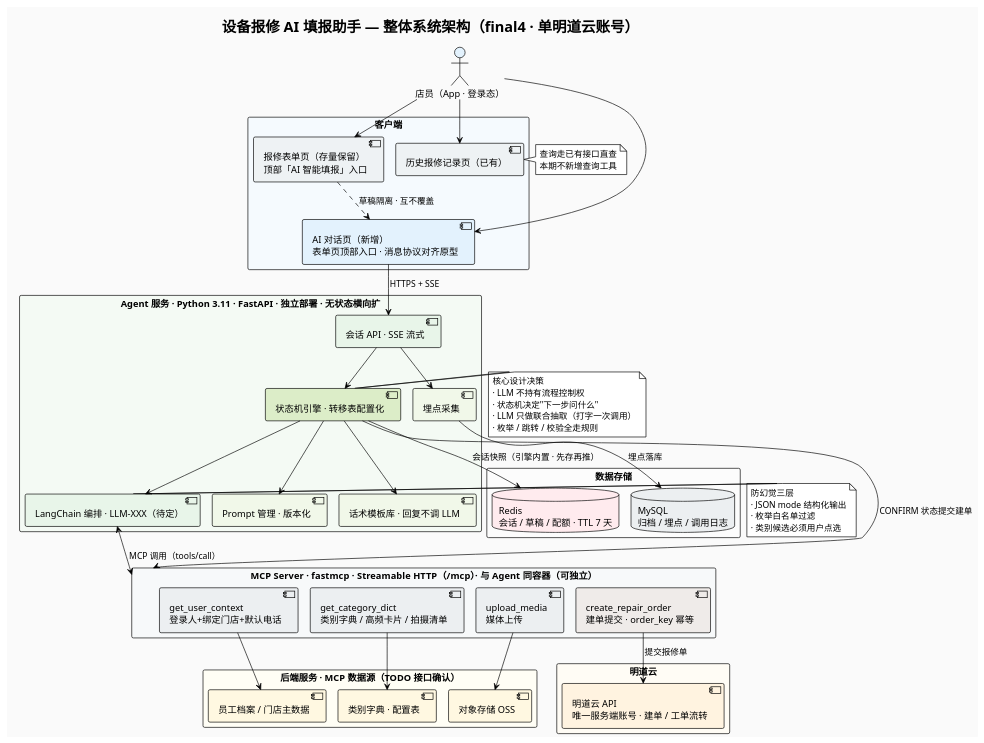
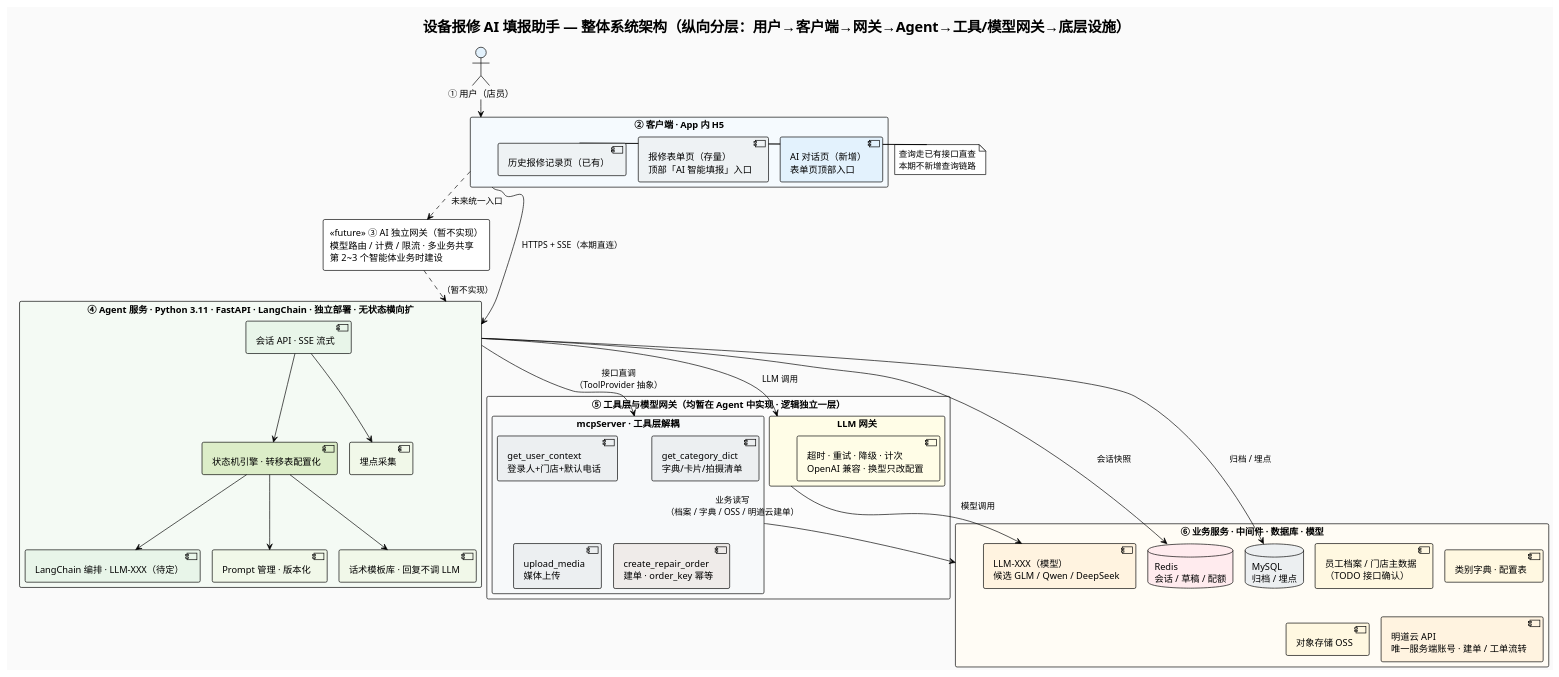
Before and after one commit to bai876939716/my_doc: the diagram in src/main/hotmaxx/需求点/输入优化/design/2/diagrams/01-系统架构图.puml, drawn with PlantUML. The commit also changed 6 other files, not shown here.

```diff
--- a/src/main/hotmaxx/需求点/输入优化/design/2/diagrams/01-系统架构图.puml
+++ b/src/main/hotmaxx/需求点/输入优化/design/2/diagrams/01-系统架构图.puml
@@ -1,90 +1,79 @@
 @startuml 设备报修AI填报-整体系统架构
 !pragma layout smetana
 !theme plain
 skinparam backgroundColor #FAFAFA
 skinparam defaultFontName "PingFang SC,Microsoft YaHei,Arial"
+skinparam rectangle {
+  BackgroundColor<<future>> #FFFFFF
+  BorderColor<<future>> #B0BEC5
+  BorderStyle<<future>> dashed
+}
+skinparam legendBackgroundColor #FCFCFC
 
-title 设备报修 AI 填报助手 — 整体系统架构（final4 · 单明道云账号）
+title 设备报修 AI 填报助手 — 整体系统架构（纵向分层：用户→客户端→网关→Agent→工具/模型网关→底层设施）
 
-actor "店员（App · 登录态）" as User #E3F2FD
+actor "① 用户（店员）" as User #E3F2FD
 
-rectangle "客户端" #F5FAFE {
-  component "AI 对话页（新增）\n表单页顶部入口 · 消息协议对齐原型" as H5 #E3F2FD
-  component "报修表单页（存量保留）\n顶部「AI 智能填报」入口" as OLD #EEF2F4
+rectangle "② 客户端 · App 内 H5" as FE #F5FAFE {
+  component "AI 对话页（新增）\n表单页顶部入口" as H5 #E3F2FD
+  component "报修表单页（存量）\n顶部「AI 智能填报」入口" as OLD #EEF2F4
   component "历史报修记录页（已有）" as REC #EEF2F4
 }
 
-rectangle "Agent 服务 · Python 3.11 · FastAPI · 独立部署 · 无状态横向扩" #F4FAF4 {
+rectangle "<<future>> ③ AI 独立网关（暂不实现）\n模型路由 / 计费 / 限流 · 多业务共享\n第 2~3 个智能体业务时建设" as AIGW
+
+rectangle "④ Agent 服务 · Python 3.11 · FastAPI · LangChain · 独立部署 · 无状态横向扩" as AGENT #F4FAF4 {
   component "会话 API · SSE 流式" as API #E8F5E9
   component "状态机引擎 · 转移表配置化" as SM #DCEDC8
   component "LangChain 编排 · LLM-XXX（待定）" as LC #E8F5E9
   component "Prompt 管理 · 版本化" as PM #F1F8E9
   component "话术模板库 · 回复不调 LLM" as TL #F1F8E9
   component "埋点采集" as TR #F1F8E9
+  API --> SM
+  SM --> LC
+  SM --> PM
+  SM --> TL
+  API --> TR
 }
 
-rectangle "MCP Server · fastmcp · Streamable HTTP（/mcp）· 与 Agent 同容器（可独立）" as MCPG #F7F9FA {
-  component "get_user_context\n登录人+绑定门店+默认电话" as T1 #ECEFF1
-  component "get_category_dict\n类别字典 / 高频卡片 / 拍摄清单" as T2 #ECEFF1
-  component "upload_media\n媒体上传" as T3 #ECEFF1
-  component "create_repair_order\n建单提交 · order_key 幂等" as T4 #EFEBE9
+rectangle "⑤ 工具层与模型网关（均暂在 Agent 中实现 · 逻辑独立一层）" as LAYER5 #FCFCFC {
+  rectangle "mcpServer · 工具层解耦" as MCPG #F7F9FA {
+    component "get_user_context\n登录人+门店+默认电话" as T1 #ECEFF1
+    component "get_category_dict\n字典/卡片/拍摄清单" as T2 #ECEFF1
+    component "upload_media\n媒体上传" as T3 #ECEFF1
+    component "create_repair_order\n建单 · order_key 幂等" as T4 #EFEBE9
+  }
+  rectangle "LLM 网关" as LGW #FFFDE7 {
+    component "超时 · 重试 · 降级 · 计次\nOpenAI 兼容 · 换型只改配置" as GW #FFFDE7
+  }
 }
 
-rectangle "数据存储" #FCFCFC {
-  database "Redis\n会话 / 草稿 / 配额 · TTL 7 天" as RD #FFEBEE
-  database "MySQL\n归档 / 埋点 / 调用日志" as MY #ECEFF1
+rectangle "⑥ 业务服务 · 中间件 · 数据库 · 模型" as INFRA #FFFCF5 {
+  component "员工档案 / 门店主数据\n（TODO 接口确认）" as HR #FFF8E1
+  component "类别字典 · 配置表" as DICT #FFF8E1
+  component "对象存储 OSS" as OSS #FFF8E1
+  component "明道云 API\n唯一服务端账号 · 建单 / 工单流转" as MDY #FFF3E0
+  database "Redis\n会话 / 草稿 / 配额" as RD #FFEBEE
+  database "MySQL\n归档 / 埋点" as MY #ECEFF1
+  component "LLM-XXX（模型）\n候选 GLM / Qwen / DeepSeek" as LLM #FFF3E0
 }
 
-rectangle "后端服务 · MCP 数据源（TODO 接口确认）" #FFFEF5 {
-  component "员工档案 / 门店主数据" as HR #FFF8E1
-  component "类别字典 · 配置表" as DICT #FFF8E1
-  component "对象存储 OSS" as OSS #FFF8E1
-}
-
-rectangle "明道云" #FFFCF5 {
-  component "明道云 API\n唯一服务端账号 · 建单 / 工单流转" as MDY #FFF3E0
-}
-
-User -down-> H5
-User -down-> OLD
-User -down-> REC
-OLD ..> H5 : 草稿隔离 · 互不覆盖
-
-H5 -down-> API : HTTPS + SSE
-API --> SM
-SM --> LC
-SM --> PM
-SM --> TL
-API --> TR
-
-LC <--> MCPG : MCP 调用（tools/call）
-SM --> MCPG : CONFIRM 状态提交建单
-SM --> RD : 会话快照（引擎内置 · 先存再推）
-
-T1 --> HR
-T2 --> DICT
-T3 --> OSS
-T4 --> MDY : 提交报修单
-TR --> MY : 埋点落库
+User -down-> FE
+FE -down-> AGENT : HTTPS + SSE（本期直连）
+FE ..> AIGW : 未来统一入口
+AIGW ..> AGENT : （暂不实现）
+AGENT -down-> MCPG : 接口直调\n（ToolProvider 抽象）
+AGENT -down-> LGW : LLM 调用
+MCPG -down-> INFRA : 业务读写\n（档案 / 字典 / OSS / 明道云建单）
+LGW -down-> LLM : 模型调用
+AGENT -down-> RD : 会话快照
+AGENT -down-> MY : 归档 / 埋点
 
 note right of REC
   查询走已有接口直查
-  本期不新增查询工具
+  本期不新增查询链路
 end note
 
-note right of SM
-  核心设计决策
-  · LLM 不持有流程控制权
-  · 状态机决定"下一步问什么"
-  · LLM 只做联合抽取（打字一次调用）
-  · 枚举 / 跳转 / 校验全走规则
-end note
 
-note right of LC
-  防幻觉三层
-  · JSON mode 结构化输出
-  · 枚举白名单过滤
-  · 类别候选必须用户点选
-end note
 
 @enduml
```
